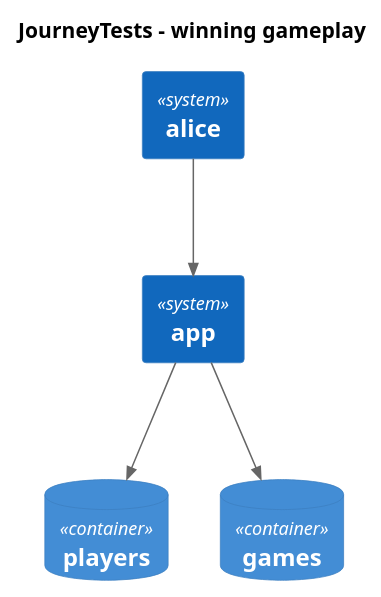
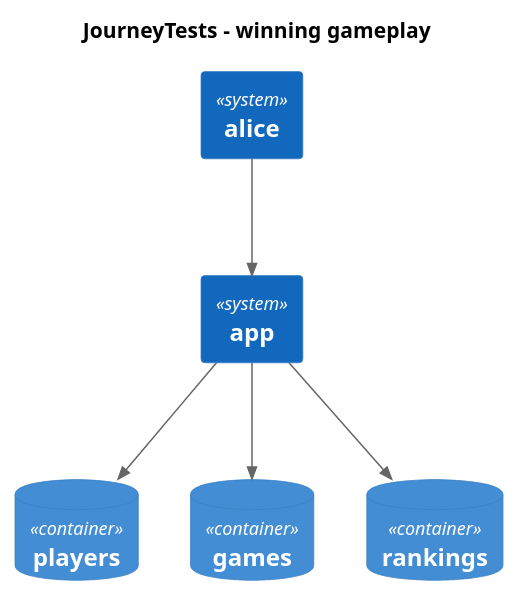
The diagram in docs/system/generated/JourneyTests - winning gameplay - Interactions.puml (th3n3rd/http4k-playground), drawn with PlantUML before and after one commit. The commit also changed 6 other files, not shown here.

```diff
--- a/docs/system/generated/JourneyTests - winning gameplay - Interactions.puml
+++ b/docs/system/generated/JourneyTests - winning gameplay - Interactions.puml
@@ -1,14 +1,16 @@
 @startuml
 title JourneyTests - winning gameplay
 
 !include https://raw.githubusercontent.com/plantuml-stdlib/C4-PlantUML/master/C4_Container.puml
 
 
 System(alice, "alice")
 System(app, "app")
 ContainerDb(players, "players")
-ContainerDb(games, "games")    
+ContainerDb(games, "games")
+ContainerDb(rankings, "rankings")    
 Rel_D(alice, app, " ") 
 Rel_D(app, players, " ") 
-Rel_D(app, games, " ")     
+Rel_D(app, games, " ") 
+Rel_D(app, rankings, " ")     
 @enduml
```
